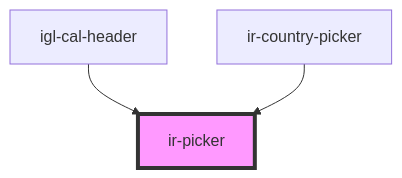
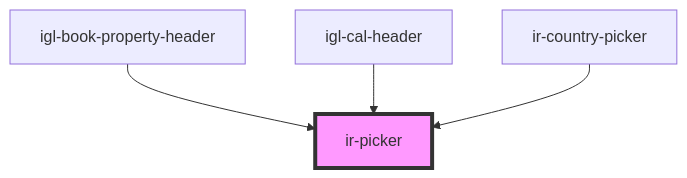
Before and after one commit to David1Chowaifaty/modified-ir-webcmp: the diagram in src/components/ui/ir-picker/readme.md, drawn with Mermaid. The commit also changed other lines of this file and 28 other files, not shown here.

First line of the commit message:
Refactor igl-book-property components to enhance functionality and styling

````diff
--- a/src/components/ui/ir-picker/readme.md
+++ b/src/components/ui/ir-picker/readme.md
@@ -61,6 +64,7 @@
 ```mermaid
 graph TD;
+  igl-book-property-header --> ir-picker
   igl-cal-header --> ir-picker
   ir-country-picker --> ir-picker
   style ir-picker fill:#f9f,stroke:#333,stroke-width:4px
 ```
````
